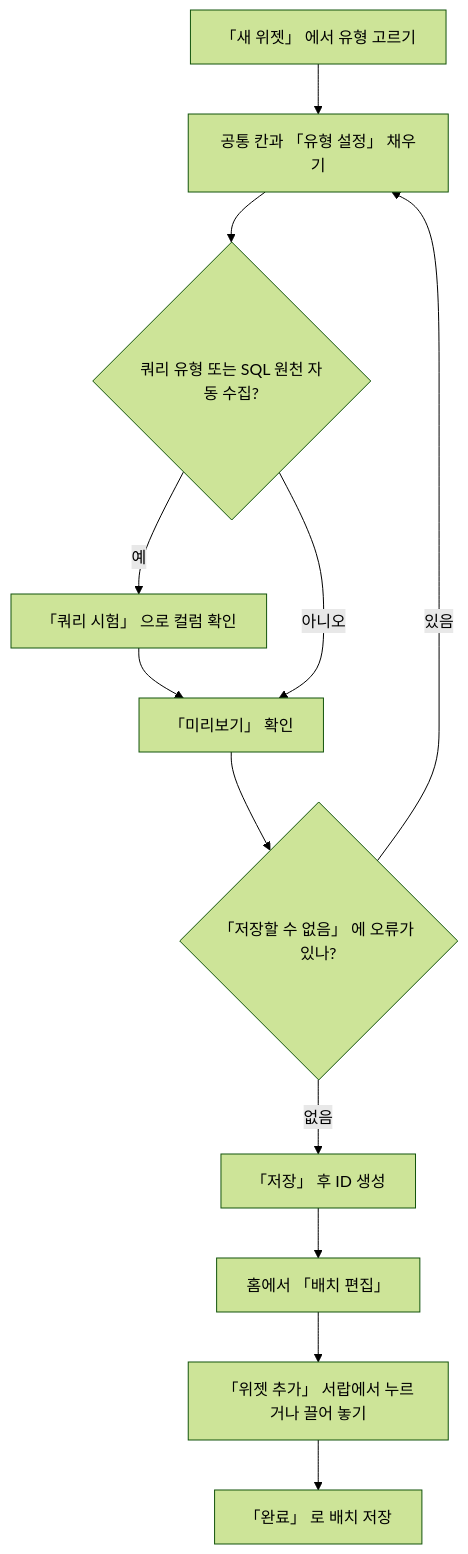
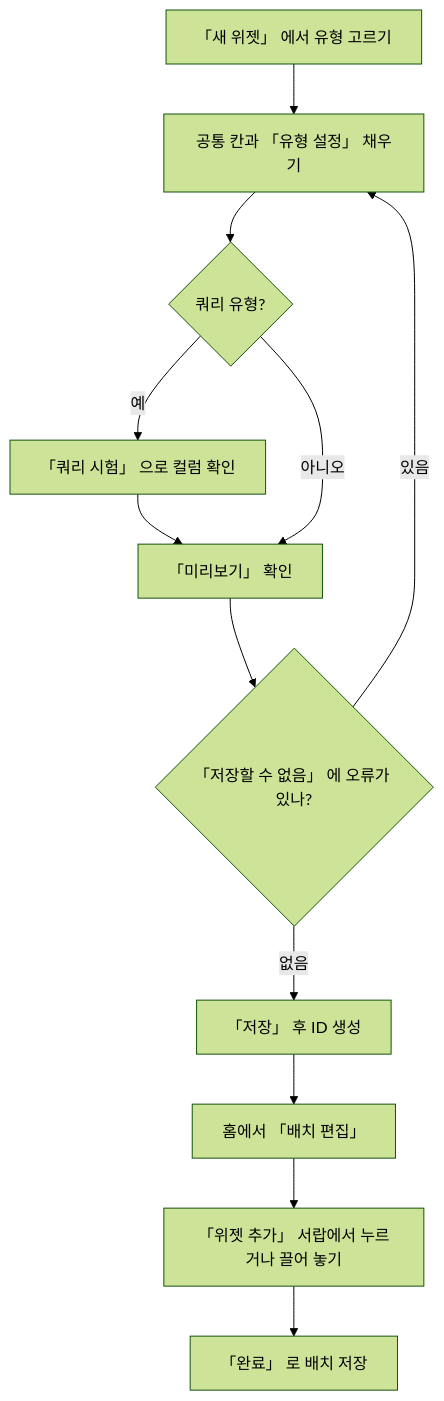
One commit to jongik-sv/dmes-standard changed the second of 6 diagrams in docs/guide/FrontEnd/Widget-Authoring-Guide.md. Above: the diagram before and after it, drawn with Mermaid (forest theme). The commit also changed other lines of this file and 2 other files, not shown here.

````diff
--- a/docs/guide/FrontEnd/Widget-Authoring-Guide.md
+++ b/docs/guide/FrontEnd/Widget-Authoring-Guide.md
@@ -66,9 +64,9 @@
 ```mermaid
 flowchart TB
-  A["「새 위젯」 에서 유형 고르기"] --> B["공통 칸과 「유형 설정」 채우기"] --> T{"쿼리 유형 또는 SQL 원천 자동 수집?"}
+  A["「새 위젯」 에서 유형 고르기"] --> B["공통 칸과 「유형 설정」 채우기"] --> T{"쿼리 유형?"}
   T -->|"예"| Q["「쿼리 시험」 으로 컬럼 확인"] --> P["「미리보기」 확인"]
   T -->|"아니오"| P
   P --> E{"「저장할 수 없음」 에 오류가 있나?"}
   E -->|"있음"| B
   E -->|"없음"| S["「저장」 후 ID 생성"] --> H["홈에서 「배치 편집」"] --> K["「위젯 추가」 서랍에서 누르거나 끌어 놓기"] --> DONE["「완료」 로 배치 저장"]
 ```
````
